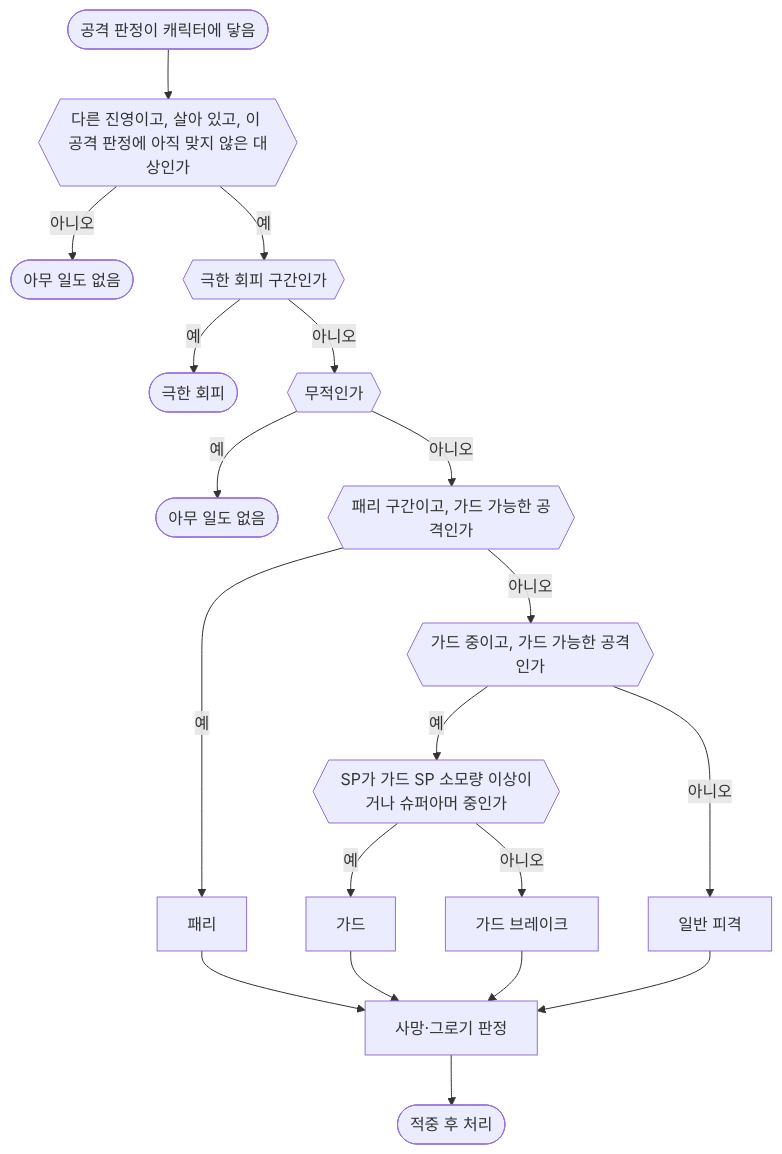
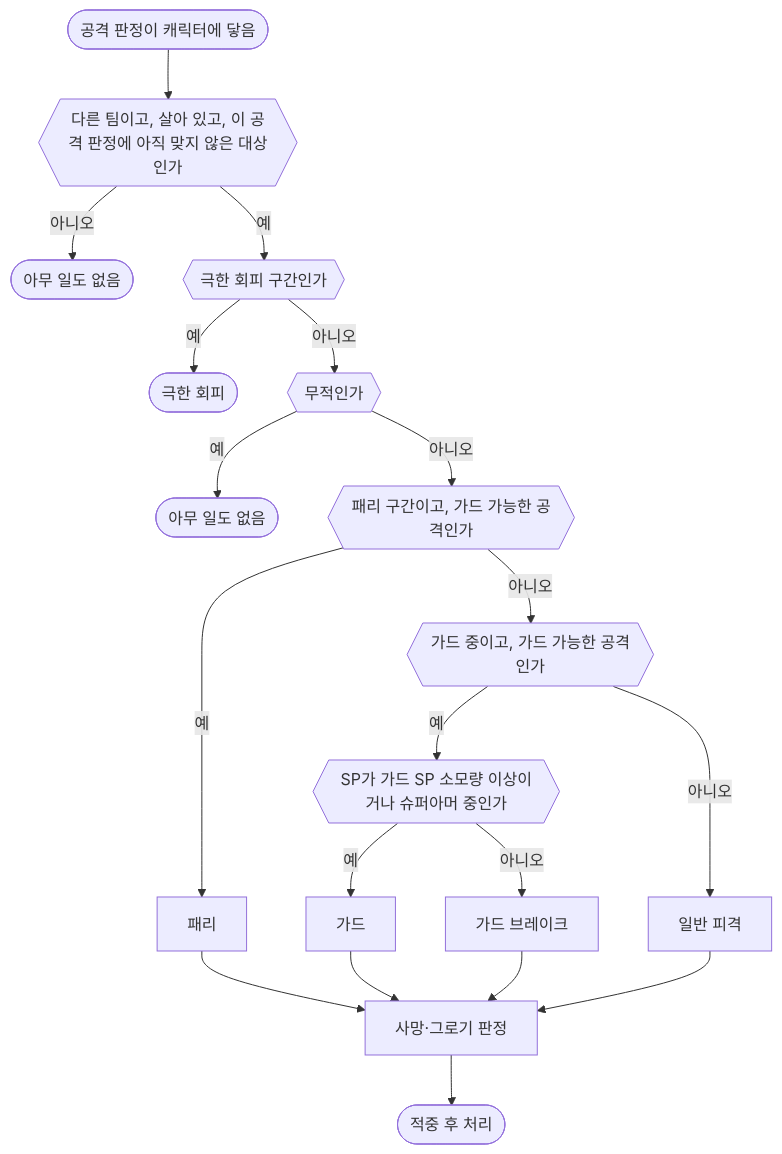
One commit to Woogl/Ag changed the diagram in Docs/Design/System/전투 시스템.md. Above: the diagram before and after it, drawn with Mermaid. The commit also changed other lines of this file and 34 other files, not shown here.

````diff
--- a/Docs/Design/System/전투 시스템.md
+++ b/Docs/Design/System/전투 시스템.md
@@ -112,21 +112,21 @@
 ```mermaid
 flowchart TD
-    touch(["공격 판정이 캐릭터에 닿음"]) --> valid{{"다른 진영이고, 살아 있고, 이 공격 판정에 아직 맞지 않은 대상인가"}}
+    touch(["공격 판정이 캐릭터에 닿음"]) --> valid{{"다른 팀이고, 살아 있고, 이 공격 판정에 아직 맞지 않은 대상인가"}}
     valid -->|아니오| none1(["아무 일도 없음"])
     valid -->|예| pdw{{"극한 회피 구간인가"}}
     pdw -->|예| pdodge(["극한 회피"])
     pdw -->|아니오| inv{{"무적인가"}}
     inv -->|예| none2(["아무 일도 없음"])
     inv -->|아니오| parryCheck{{"패리 구간이고, 가드 가능한 공격인가"}}
     parryCheck -->|예| parry["패리"]
     parryCheck -->|아니오| guardCheck{{"가드 중이고, 가드 가능한 공격인가"}}
     guardCheck -->|아니오| normal["일반 피격"]
     guardCheck -->|예| spCheck{{"SP가 가드 SP 소모량 이상이거나 슈퍼아머 중인가"}}
     spCheck -->|예| guard["가드"]
     spCheck -->|아니오| guardBreak["가드 브레이크"]
     parry --> judge
     guard --> judge
     guardBreak --> judge
     normal --> judge
     judge["사망·그로기 판정"] --> fx(["적중 후 처리"])
 ```
````
